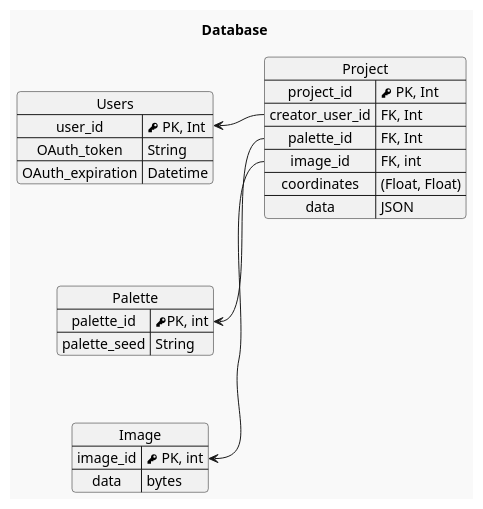
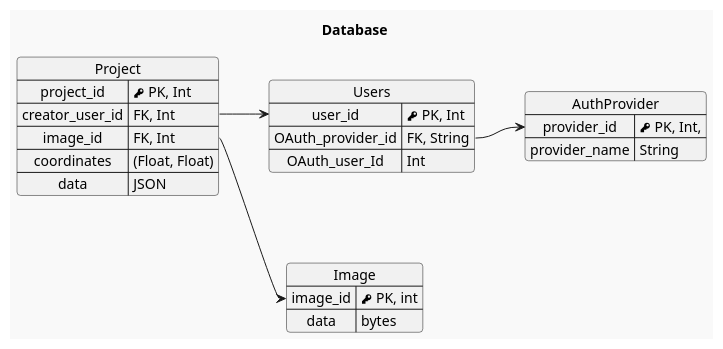
One commit to hector-ramirez-cano/WifiVisualizer changed the diagram in Documentación/UML/Database/db.puml. Above: the diagram before and after it, drawn with PlantUML. The commit also changed 4 other files, not shown here.

```diff
--- a/Documentación/UML/Database/db.puml
+++ b/Documentación/UML/Database/db.puml
@@ -1,50 +1,53 @@
 @startuml
 
 !theme mars
 
 
 'left to right direction
 'top to bottom direction
 'skinparam nodesep 10
 'skinparam ranksep 150
 'skinparam linetype polyline
 
 Title Database
 
+map AuthProvider {
+    provider_id => <&key> PK, Int,
+    provider_name => String
+}
+
 together {
 
     map Image {
         image_id => <&key> PK, int
         data => bytes
     }
     
     map Users {
-        user_id     => <&key> PK, Int
-        OAuth_token => String
-        OAuth_expiration => Datetime
+        user_id      => <&key> PK, Int
+        OAuth_provider_id => FK, String
+        OAuth_user_Id => Int
     }
 
-    map Palette {
-        palette_id => <&key>PK, int
-        palette_seed => String
-    }
 }
-Users -[hidden]d-> Palette
-Palette -[hidden]d-> Image
+
+Users -[hidden]d-> Image
+
 
 
 
 map Project {
     project_id => <&key> PK, Int
     creator_user_id => FK, Int
-    palette_id => FK, Int
-    image_id  => FK, int
+    image_id  => FK, Int
     coordinates => (Float, Float)
     data => JSON
 }
 Project::creator_user_id -> Users::user_id
-Project::palette_id -> Palette::palette_id
 Project::image_id -> Image::image_id
 
 Users ---[hidden]-> Project
+
+
+Users::OAuth_provider_id -> AuthProvider::provider_id
 @enduml
```
